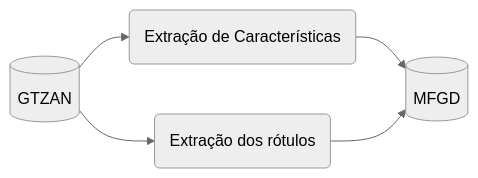
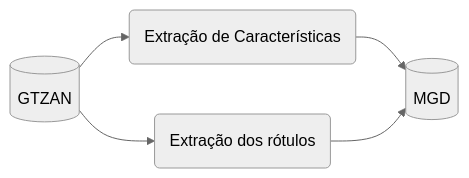
One commit to ufrpe-2021-2-IA/music-dataset changed the diagram in README.md. Above: the diagram before and after it, drawn with Mermaid (neutral theme). The commit also changed other lines of this file, not shown here.

````diff
--- a/README.md
+++ b/README.md
@@ -9,9 +9,9 @@
 ```mermaid
 flowchart LR
 
 GTZAN[(GTZAN)] --> S3(Extração dos rótulos)
 GTZAN --> S4(Extração de Características)
-S4 --> MFGD[(MFGD)]
-S3 --> MFGD
+S4 --> MGD[(MGD)]
+S3 --> MGD
 
 ```
````
